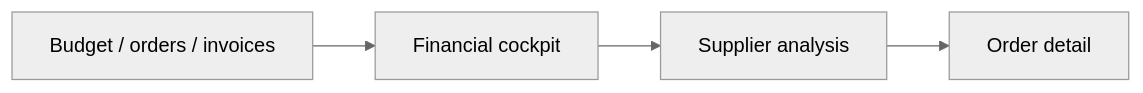
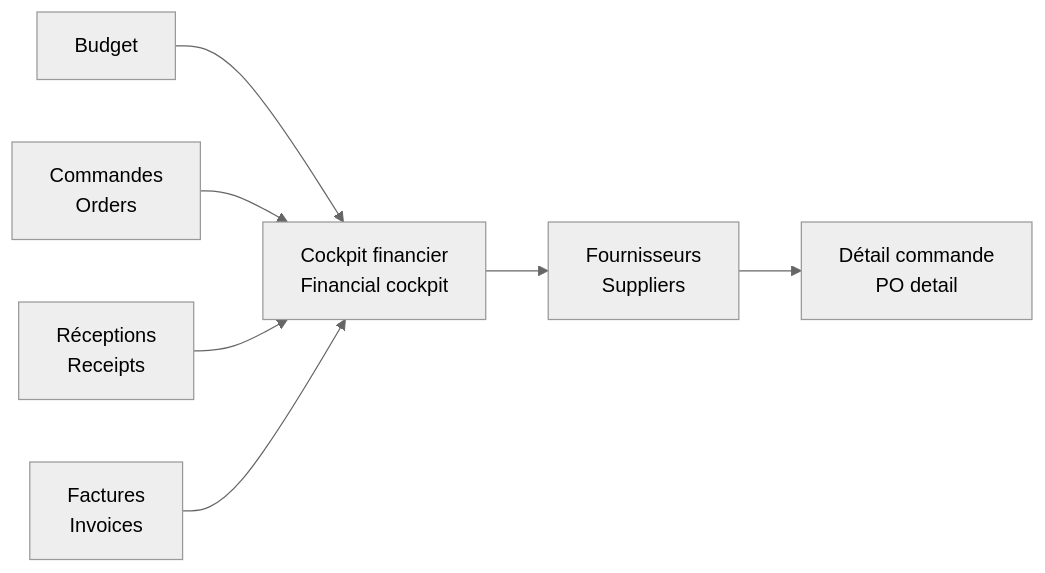
The first of 2 diagrams in powerbi-financial-pilotage-portfolio/README.md (jeffersonkuku/powerbi-portfolio-projects), drawn with Mermaid (neutral theme) before and after one commit. The commit also changed other lines of this file and 4 other files, not shown here.

````diff
--- a/powerbi-financial-pilotage-portfolio/README.md
+++ b/powerbi-financial-pilotage-portfolio/README.md
@@ -15,6 +10,9 @@
 ```mermaid
 flowchart LR
-    A[Budget / orders / invoices] --> B[Financial cockpit]
-    B --> C[Supplier analysis]
-    C --> D[Order detail]
+    A[Budget] --> E[Cockpit financier<br/>Financial cockpit]
+    B[Commandes<br/>Orders] --> E
+    C[Réceptions<br/>Receipts] --> E
+    D[Factures<br/>Invoices] --> E
+    E --> F[Fournisseurs<br/>Suppliers]
+    F --> G[Détail commande<br/>PO detail]
 ```
````
